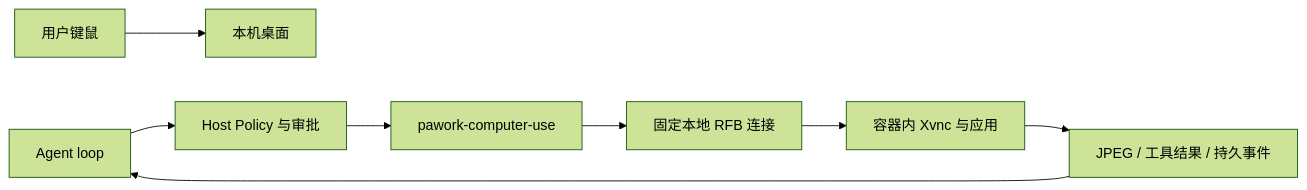
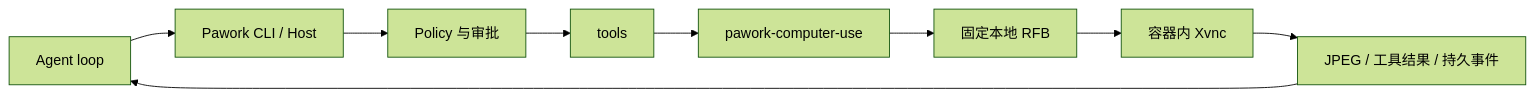
One commit to expcat/Pawork changed the second of 2 diagrams in docs/design.md. Above: the diagram before and after it, drawn with Mermaid (forest theme). The commit also changed other lines of this file and 95 other files, not shown here.

````diff
--- a/docs/design.md
+++ b/docs/design.md
@@ -162,10 +177,11 @@
 ```mermaid
 flowchart LR
-  U[用户键鼠] --> M[本机桌面]
-  A[Agent loop] --> B[Host Policy 与审批]
-  B --> C[pawork-computer-use]
-  C --> D[固定本地 RFB 连接]
-  D --> E[容器内 Xvnc 与应用]
-  E --> F[JPEG / 工具结果 / 持久事件]
+  A[Agent loop] --> H[Pawork CLI / Host]
+  H --> P[Policy 与审批]
+  P --> T[tools]
+  T --> C[pawork-computer-use]
+  C --> R[固定本地 RFB]
+  R --> X[容器内 Xvnc]
+  X --> F[JPEG / 工具结果 / 持久事件]
   F --> A
 ```
````
